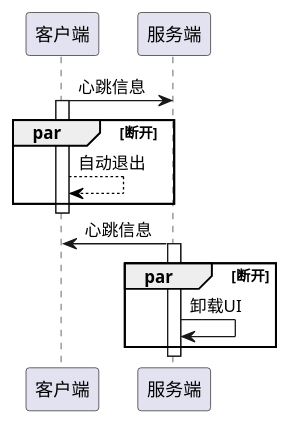
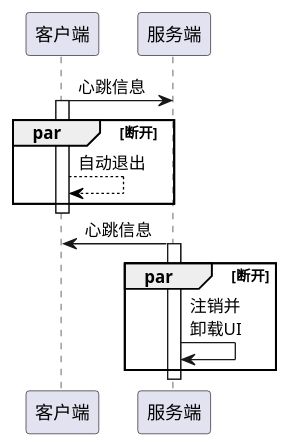
The diagram in sample/app/src/main/java/test1/communicationClient.puml (uservGitHub/uml), drawn with PlantUML before and after one commit. The commit also changed 8 other files, not shown here.

```diff
--- a/sample/app/src/main/java/test1/communicationClient.puml
+++ b/sample/app/src/main/java/test1/communicationClient.puml
@@ -1,21 +1,21 @@
 @startuml
 participant "客户端" as client
 participant "服务端" as server
 
 client -> server: 心跳信息
 /'ref over client
 协议自动检测
 end ref'/
 activate client
 par 断开
 client --[#black]> client: 自动退出
 end
 deactivate client
 
 server -> client: 心跳信息
 activate server
 par 断开
-server -> server: 卸载UI
+server -> server: 注销并\n卸载UI
 end
 deactivate server
 @enduml
```
